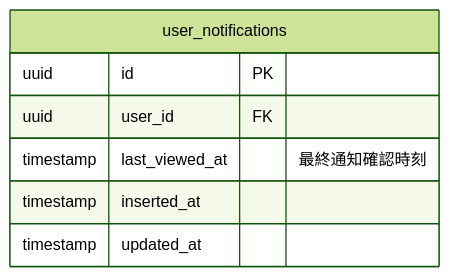
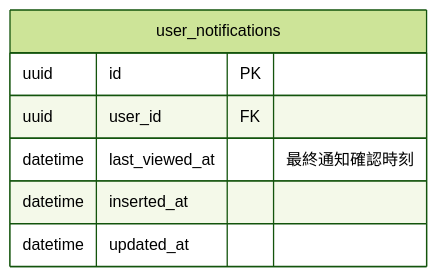
Before and after one commit to bright-org/bright: the third of 7 diagrams in docs/conceptual_schemas/notifications.md, drawn with Mermaid (forest theme). The commit also changed other lines of this file, not shown here.

Commit message:
timestamp -> datetime

````diff
--- a/docs/conceptual_schemas/notifications.md
+++ b/docs/conceptual_schemas/notifications.md
@@ -104,10 +104,10 @@
 ```mermaid
 erDiagram
   user_notifications {
     uuid id PK
     uuid user_id FK
-    timestamp last_viewed_at "最終通知確認時刻"
-    timestamp inserted_at
-    timestamp updated_at
+    datetime last_viewed_at "最終通知確認時刻"
+    datetime inserted_at
+    datetime updated_at
   }
 ```
````
